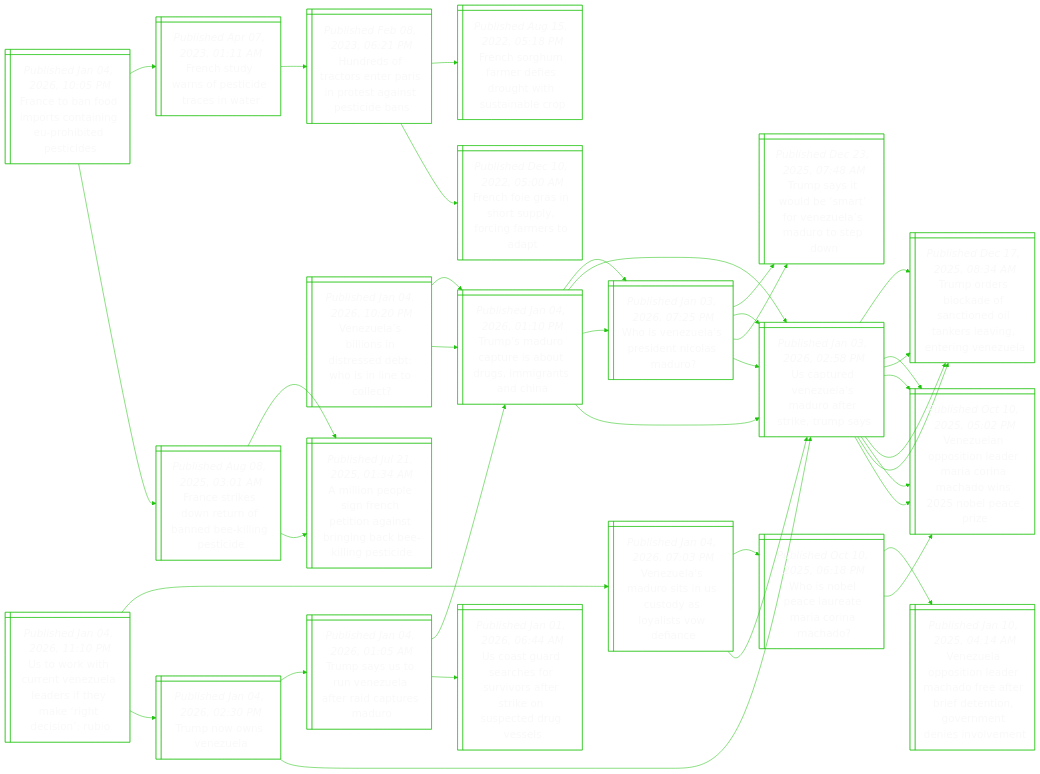
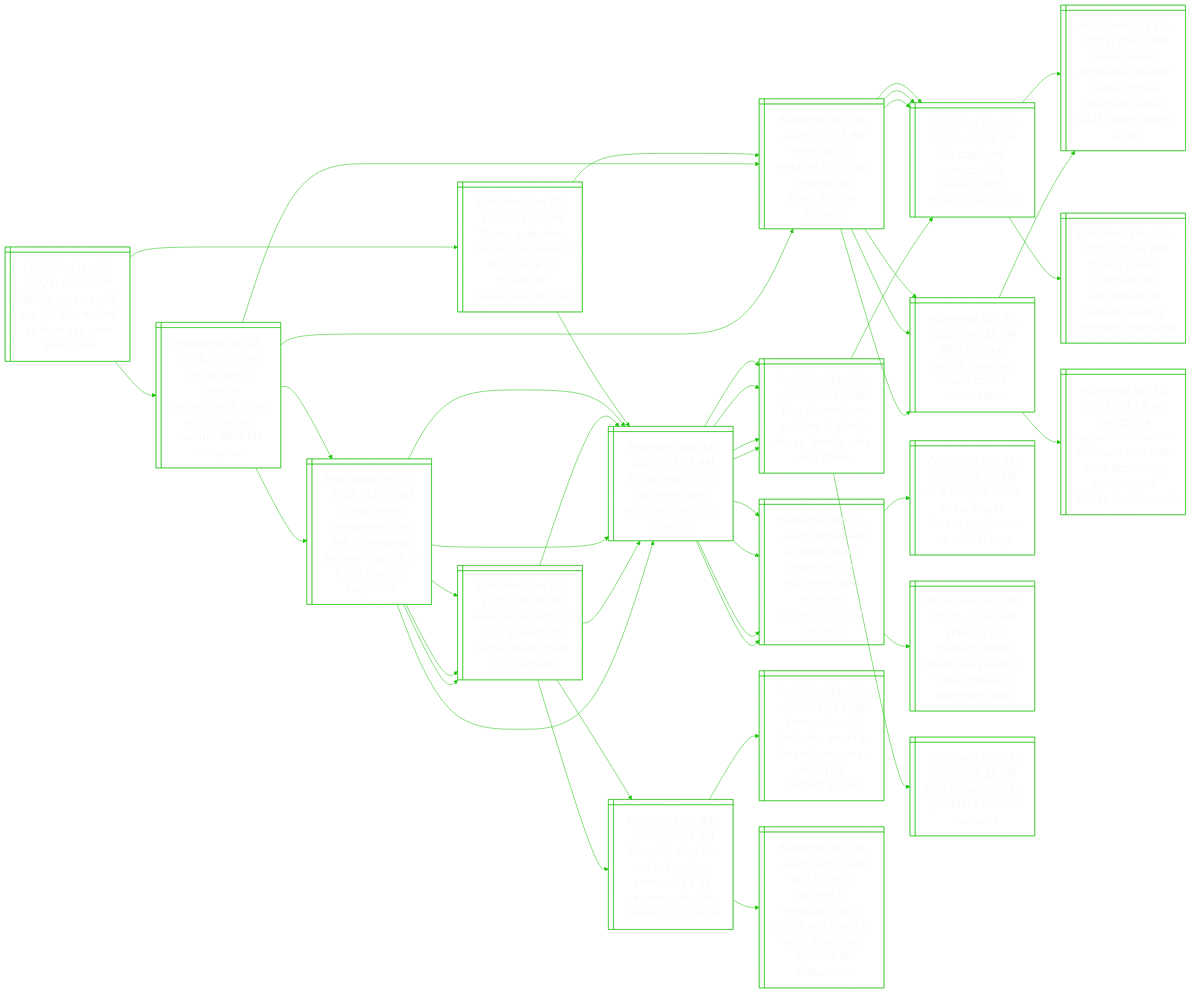
The diagram in README.md (notJmes/notJmes), drawn with Mermaid before and after one commit. The commit also changed other lines of this file, not shown here.

````diff
--- a/README.md
+++ b/README.md
@@ -16,22 +16,54 @@
 flowchart LR
 classDef txtsize font-size:20px;
 
-Uotreeaiyrdib@{ shape: win-pane, label: "_Published Jan 04, 2026, 11:10 PM_
-Us to work with current venezuela leaders if they make ‘right decision’: rubio" }
-Tnnea@{ shape: win-pane, label: "_Published Jan 04, 2026, 02:30 PM_
-Trump now owns venezuela" }
-UtVuMorkms@{ shape: win-pane, label: "_Published Jan 03, 2026, 02:58 PM_
-Us captured venezuela’s maduro after strike, trump says" }
-Vuoilranhibai@{ shape: win-pane, label: "_Published Oct 10, 2025, 05:02 PM_
-Venezuelan opposition leader maria corina machado wins 2025 nobel peace prize" }
-Toskftdasitgz@{ shape: win-pane, label: "_Published Dec 17, 2025, 08:34 AM_
-Trump orders blockade of sanctioned oil tankers leaving, entering venezuela" }
+RsSulaeveVu@{ shape: win-pane, label: "_Published Jan 05, 2026, 03:52 AM_
+Rubio says us will use oil ‘quarantine’ as leverage over venezuela" }
+Tshduvsmhoeao@{ shape: win-pane, label: "_Published Jan 05, 2026, 01:14 AM_
+Trump snatches maduro but leaves his regime in charge of venezuela for now" }
 TsSnzaraeu@{ shape: win-pane, label: "_Published Jan 04, 2026, 01:05 AM_
 Trump says us to run venezuela after raid captures maduro" }
 Usrrfrreiscrs@{ shape: win-pane, label: "_Published Jan 01, 2026, 06:44 AM_
 Us coast guard searches for survivors after strike on suspected drug vessels" }
 Tsrtstsgsh@{ shape: win-pane, label: "_Published Jan 04, 2026, 01:10 PM_
 Trump’s maduro capture is about drugs, immigrants and china" }
+VuMoiuyytdn@{ shape: win-pane, label: "_Published Jan 04, 2026, 07:03 PM_
+Venezuela’s maduro sits in us custody as loyalists vow defiance" }
+UtVuMorkms@{ shape: win-pane, label: "_Published Jan 03, 2026, 02:58 PM_
+Us captured venezuela’s maduro after strike, trump says" }
+WNPlarrao@{ shape: win-pane, label: "_Published Oct 10, 2025, 06:18 PM_
+Who is nobel peace laureate maria corina machado?" }
+Vuiienythaahcr@{ shape: win-pane, label: "_Published Jan 05, 2026, 03:36 AM_
+Venezuela’s interim government stays united behind maduro after his us capture" }
+VuMoiuyytdn@{ shape: win-pane, label: "_Published Jan 04, 2026, 07:03 PM_
+Venezuela’s maduro sits in us custody as loyalists vow defiance" }
+UtVuMorkms@{ shape: win-pane, label: "_Published Jan 03, 2026, 02:58 PM_
+Us captured venezuela’s maduro after strike, trump says" }
+WNPlarrao@{ shape: win-pane, label: "_Published Oct 10, 2025, 06:18 PM_
+Who is nobel peace laureate maria corina machado?" }
+TwVuVcrzpgeenpe@{ shape: win-pane, label: "_Published Jan 05, 2026, 02:15 AM_
+Trump warns venezuelan v-p delcy rodriguez will pay ‘big price’ if she doesn’t cooperate" }
+Vuoiyeewiit@{ shape: win-pane, label: "_Published Jan 04, 2026, 09:30 AM_
+Venezuelan official says at least 40 people were killed in us attack" }
+TsSnzaraeu@{ shape: win-pane, label: "_Published Jan 04, 2026, 01:05 AM_
+Trump says us to run venezuela after raid captures maduro" }
+
+RsSulaeveVu:::txtsize --> Tshduvsmhoeao:::txtsize
+Tshduvsmhoeao:::txtsize --> TsSnzaraeu:::txtsize
+TsSnzaraeu:::txtsize --> Usrrfrreiscrs:::txtsize
+TsSnzaraeu:::txtsize --> Tsrtstsgsh:::txtsize
+Tshduvsmhoeao:::txtsize --> VuMoiuyytdn:::txtsize
+VuMoiuyytdn:::txtsize --> UtVuMorkms:::txtsize
+VuMoiuyytdn:::txtsize --> WNPlarrao:::txtsize
+RsSulaeveVu:::txtsize --> Vuiienythaahcr:::txtsize
+Vuiienythaahcr:::txtsize --> VuMoiuyytdn:::txtsize
+VuMoiuyytdn:::txtsize --> UtVuMorkms:::txtsize
+VuMoiuyytdn:::txtsize --> WNPlarrao:::txtsize
+Vuiienythaahcr:::txtsize --> TwVuVcrzpgeenpe:::txtsize
+TwVuVcrzpgeenpe:::txtsize --> Vuoiyeewiit:::txtsize
+TwVuVcrzpgeenpe:::txtsize --> TsSnzaraeu:::txtsize
+
+Vuiienythaahcr@{ shape: win-pane, label: "_Published Jan 05, 2026, 03:36 AM_
+Venezuela’s interim government stays united behind maduro after his us capture" }
 VuMoiuyytdn@{ shape: win-pane, label: "_Published Jan 04, 2026, 07:03 PM_
 Venezuela’s maduro sits in us custody as loyalists vow defiance" }
 UtVuMorkms@{ shape: win-pane, label: "_Published Jan 03, 2026, 02:58 PM_
@@ -46,91 +78,80 @@
 Venezuelan opposition leader maria corina machado wins 2025 nobel peace prize" }
 VupteMderfngndsln@{ shape: win-pane, label: "_Published Jan 10, 2025, 04:14 AM_
 Venezuela opposition leader machado free after brief detention, government denies involvement" }
+TwVuVcrzpgeenpe@{ shape: win-pane, label: "_Published Jan 05, 2026, 02:15 AM_
+Trump warns venezuelan v-p delcy rodriguez will pay ‘big price’ if she doesn’t cooperate" }
+Vuoiyeewiit@{ shape: win-pane, label: "_Published Jan 04, 2026, 09:30 AM_
+Venezuelan official says at least 40 people were killed in us attack" }
+TsSnzaraeu@{ shape: win-pane, label: "_Published Jan 04, 2026, 01:05 AM_
+Trump says us to run venezuela after raid captures maduro" }
+NcsSpVuossidcr@{ shape: win-pane, label: "_Published Jan 04, 2026, 08:55 AM_
+No quick wins for us in tapping venezuela’s oil reserves despite maduro’s capture" }
+TsSnzaraeu@{ shape: win-pane, label: "_Published Jan 04, 2026, 01:05 AM_
+Trump says us to run venezuela after raid captures maduro" }
+Usrrfrreiscrs@{ shape: win-pane, label: "_Published Jan 01, 2026, 06:44 AM_
+Us coast guard searches for survivors after strike on suspected drug vessels" }
+Tsrtstsgsh@{ shape: win-pane, label: "_Published Jan 04, 2026, 01:10 PM_
+Trump’s maduro capture is about drugs, immigrants and china" }
 
-Uotreeaiyrdib:::txtsize --> Tnnea:::txtsize
-Tnnea:::txtsize --> UtVuMorkms:::txtsize
-UtVuMorkms:::txtsize --> Vuoilranhibai:::txtsize
-UtVuMorkms:::txtsize --> Toskftdasitgz:::txtsize
-Tnnea:::txtsize --> TsSnzaraeu:::txtsize
-TsSnzaraeu:::txtsize --> Usrrfrreiscrs:::txtsize
-TsSnzaraeu:::txtsize --> Tsrtstsgsh:::txtsize
-Uotreeaiyrdib:::txtsize --> VuMoiuyytdn:::txtsize
+Vuiienythaahcr:::txtsize --> VuMoiuyytdn:::txtsize
 VuMoiuyytdn:::txtsize --> UtVuMorkms:::txtsize
 UtVuMorkms:::txtsize --> Vuoilranhibai:::txtsize
 UtVuMorkms:::txtsize --> Toskftdasitgz:::txtsize
 VuMoiuyytdn:::txtsize --> WNPlarrao:::txtsize
 WNPlarrao:::txtsize --> Vuoilranhibai:::txtsize
 WNPlarrao:::txtsize --> VupteMderfngndsln:::txtsize
+Vuiienythaahcr:::txtsize --> TwVuVcrzpgeenpe:::txtsize
+TwVuVcrzpgeenpe:::txtsize --> Vuoiyeewiit:::txtsize
+Vuoiyeewiit:::txtsize --> TsSnzaraeu:::txtsize
+Vuoiyeewiit:::txtsize --> NcsSpVuossidcr:::txtsize
+TwVuVcrzpgeenpe:::txtsize --> TsSnzaraeu:::txtsize
+TsSnzaraeu:::txtsize --> Usrrfrreiscrs:::txtsize
+TsSnzaraeu:::txtsize --> Tsrtstsgsh:::txtsize
 
-Vubodedhntl@{ shape: win-pane, label: "_Published Jan 04, 2026, 10:20 PM_
-Venezuela’s billions in distressed debt: who is in line to collect?" }
+TwVuVcrzpgeenpe@{ shape: win-pane, label: "_Published Jan 05, 2026, 02:15 AM_
+Trump warns venezuelan v-p delcy rodriguez will pay ‘big price’ if she doesn’t cooperate" }
+Vuoiyeewiit@{ shape: win-pane, label: "_Published Jan 04, 2026, 09:30 AM_
+Venezuelan official says at least 40 people were killed in us attack" }
+TsSnzaraeu@{ shape: win-pane, label: "_Published Jan 04, 2026, 01:05 AM_
+Trump says us to run venezuela after raid captures maduro" }
+Usrrfrreiscrs@{ shape: win-pane, label: "_Published Jan 01, 2026, 06:44 AM_
+Us coast guard searches for survivors after strike on suspected drug vessels" }
+Tsrtstsgsh@{ shape: win-pane, label: "_Published Jan 04, 2026, 01:10 PM_
+Trump’s maduro capture is about drugs, immigrants and china" }
+NcsSpVuossidcr@{ shape: win-pane, label: "_Published Jan 04, 2026, 08:55 AM_
+No quick wins for us in tapping venezuela’s oil reserves despite maduro’s capture" }
+Vuodydgeeaist@{ shape: win-pane, label: "_Published Jan 03, 2026, 10:43 PM_
+Venezuelan oil industry: world’s largest reserves, decaying infrastructure" }
+Wraneeusdaeenrie@{ shape: win-pane, label: "_Published Jan 04, 2026, 09:30 AM_
+Will trump’s actions in venezuela spur russia and china to erect their own spheres of influence?" }
+TsSnzaraeu@{ shape: win-pane, label: "_Published Jan 04, 2026, 01:05 AM_
+Trump says us to run venezuela after raid captures maduro" }
+Usrrfrreiscrs@{ shape: win-pane, label: "_Published Jan 01, 2026, 06:44 AM_
+Us coast guard searches for survivors after strike on suspected drug vessels" }
+Irseravrrfas@{ shape: win-pane, label: "_Published Oct 17, 2025, 08:00 AM_
+In a first, us strike in caribbean leaves survivors, us official says" }
+Voiriorrlisms@{ shape: win-pane, label: "_Published Dec 05, 2025, 01:36 AM_
+Video of us military strike shows survivors in ‘clear distress’, lawmaker says" }
 Tsrtstsgsh@{ shape: win-pane, label: "_Published Jan 04, 2026, 01:10 PM_
 Trump’s maduro capture is about drugs, immigrants and china" }
 UtVuMorkms@{ shape: win-pane, label: "_Published Jan 03, 2026, 02:58 PM_
 Us captured venezuela’s maduro after strike, trump says" }
-Vuoilranhibai@{ shape: win-pane, label: "_Published Oct 10, 2025, 05:02 PM_
-Venezuelan opposition leader maria corina machado wins 2025 nobel peace prize" }
-Toskftdasitgz@{ shape: win-pane, label: "_Published Dec 17, 2025, 08:34 AM_
-Trump orders blockade of sanctioned oil tankers leaving, entering venezuela" }
 WVuPdisr@{ shape: win-pane, label: "_Published Jan 03, 2026, 07:25 PM_
 Who is venezuela’s president nicolas maduro?" }
-UtVuMorkms@{ shape: win-pane, label: "_Published Jan 03, 2026, 02:58 PM_
-Us captured venezuela’s maduro after strike, trump says" }
-Tstdarzsrtw@{ shape: win-pane, label: "_Published Dec 23, 2025, 07:48 AM_
-Trump says it would be ‘smart’ for venezuela’s maduro to step down" }
-Tsrtstsgsh@{ shape: win-pane, label: "_Published Jan 04, 2026, 01:10 PM_
-Trump’s maduro capture is about drugs, immigrants and china" }
-UtVuMorkms@{ shape: win-pane, label: "_Published Jan 03, 2026, 02:58 PM_
-Us captured venezuela’s maduro after strike, trump says" }
-Vuoilranhibai@{ shape: win-pane, label: "_Published Oct 10, 2025, 05:02 PM_
-Venezuelan opposition leader maria corina machado wins 2025 nobel peace prize" }
-Toskftdasitgz@{ shape: win-pane, label: "_Published Dec 17, 2025, 08:34 AM_
-Trump orders blockade of sanctioned oil tankers leaving, entering venezuela" }
-WVuPdisr@{ shape: win-pane, label: "_Published Jan 03, 2026, 07:25 PM_
-Who is venezuela’s president nicolas maduro?" }
-UtVuMorkms@{ shape: win-pane, label: "_Published Jan 03, 2026, 02:58 PM_
-Us captured venezuela’s maduro after strike, trump says" }
-Tstdarzsrtw@{ shape: win-pane, label: "_Published Dec 23, 2025, 07:48 AM_
-Trump says it would be ‘smart’ for venezuela’s maduro to step down" }
 
-Vubodedhntl:::txtsize --> Tsrtstsgsh:::txtsize
+TwVuVcrzpgeenpe:::txtsize --> Vuoiyeewiit:::txtsize
+Vuoiyeewiit:::txtsize --> TsSnzaraeu:::txtsize
+TsSnzaraeu:::txtsize --> Usrrfrreiscrs:::txtsize
+TsSnzaraeu:::txtsize --> Tsrtstsgsh:::txtsize
+Vuoiyeewiit:::txtsize --> NcsSpVuossidcr:::txtsize
+NcsSpVuossidcr:::txtsize --> Vuodydgeeaist:::txtsize
+NcsSpVuossidcr:::txtsize --> Wraneeusdaeenrie:::txtsize
+TwVuVcrzpgeenpe:::txtsize --> TsSnzaraeu:::txtsize
+TsSnzaraeu:::txtsize --> Usrrfrreiscrs:::txtsize
+Usrrfrreiscrs:::txtsize --> Irseravrrfas:::txtsize
+Usrrfrreiscrs:::txtsize --> Voiriorrlisms:::txtsize
+TsSnzaraeu:::txtsize --> Tsrtstsgsh:::txtsize
 Tsrtstsgsh:::txtsize --> UtVuMorkms:::txtsize
-UtVuMorkms:::txtsize --> Vuoilranhibai:::txtsize
-UtVuMorkms:::txtsize --> Toskftdasitgz:::txtsize
 Tsrtstsgsh:::txtsize --> WVuPdisr:::txtsize
-WVuPdisr:::txtsize --> UtVuMorkms:::txtsize
-WVuPdisr:::txtsize --> Tstdarzsrtw:::txtsize
-Vubodedhntl:::txtsize --> Tsrtstsgsh:::txtsize
-Tsrtstsgsh:::txtsize --> UtVuMorkms:::txtsize
-UtVuMorkms:::txtsize --> Vuoilranhibai:::txtsize
-UtVuMorkms:::txtsize --> Toskftdasitgz:::txtsize
-Tsrtstsgsh:::txtsize --> WVuPdisr:::txtsize
-WVuPdisr:::txtsize --> UtVuMorkms:::txtsize
-WVuPdisr:::txtsize --> Tstdarzsrtw:::txtsize
-
-Fenittnriei@{ shape: win-pane, label: "_Published Jan 04, 2026, 10:05 PM_
-France to ban food imports containing eu-prohibited pesticides" }
-Fekwubdigi@{ shape: win-pane, label: "_Published Aug 08, 2025, 03:01 AM_
-France strikes down return of banned bee-killing pesticide" }
-Aioieeoirnkigi@{ shape: win-pane, label: "_Published Jul 21, 2025, 01:34 AM_
-A million people sign french petition against bringing back bee-killing pesticide" }
-Aioieeoirnkigi@{ shape: win-pane, label: "_Published Jul 21, 2025, 01:34 AM_
-A million people sign french petition against bringing back bee-killing pesticide" }
-Fhyssdcw@{ shape: win-pane, label: "_Published Apr 07, 2023, 01:11 AM_
-French study warns of pesticide traces in water" }
-Hetotrpsiein@{ shape: win-pane, label: "_Published Feb 08, 2023, 06:21 PM_
-Hundreds of tractors enter paris in protest against pesticide bans" }
-Fhgntlcasa@{ shape: win-pane, label: "_Published Dec 10, 2022, 05:00 AM_
-French foie gras in short supply, forcing farmers to adapt" }
-Fhhredhhalp@{ shape: win-pane, label: "_Published Aug 15, 2022, 05:18 PM_
-French sorghum farmer defies drought with sustainable crop" }
-
-Fenittnriei:::txtsize --> Fekwubdigi:::txtsize
-Fekwubdigi:::txtsize --> Aioieeoirnkigi:::txtsize
-Fekwubdigi:::txtsize --> Aioieeoirnkigi:::txtsize
-Fenittnriei:::txtsize --> Fhyssdcw:::txtsize
-Fhyssdcw:::txtsize --> Hetotrpsiein:::txtsize
-Hetotrpsiein:::txtsize --> Fhgntlcasa:::txtsize
-Hetotrpsiein:::txtsize --> Fhhredhhalp:::txtsize
 
 ```
````
